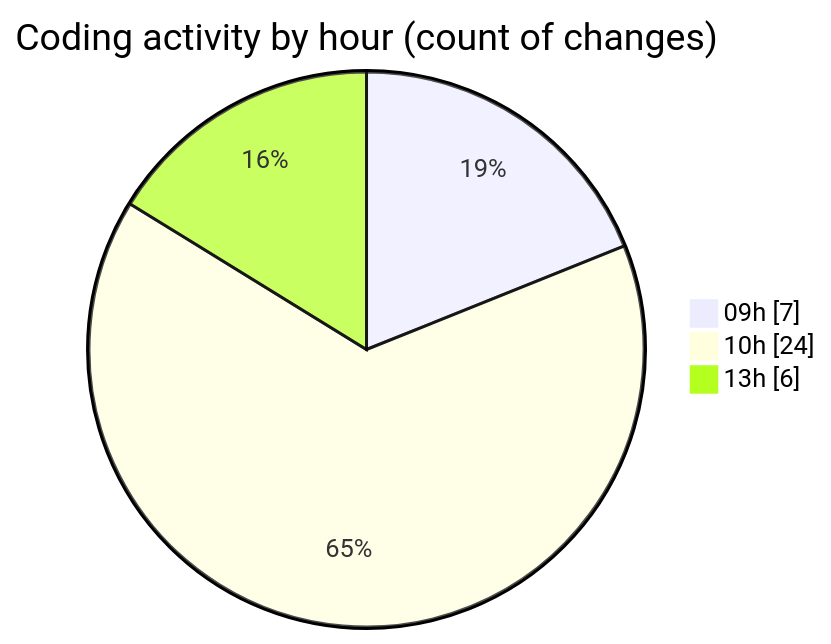
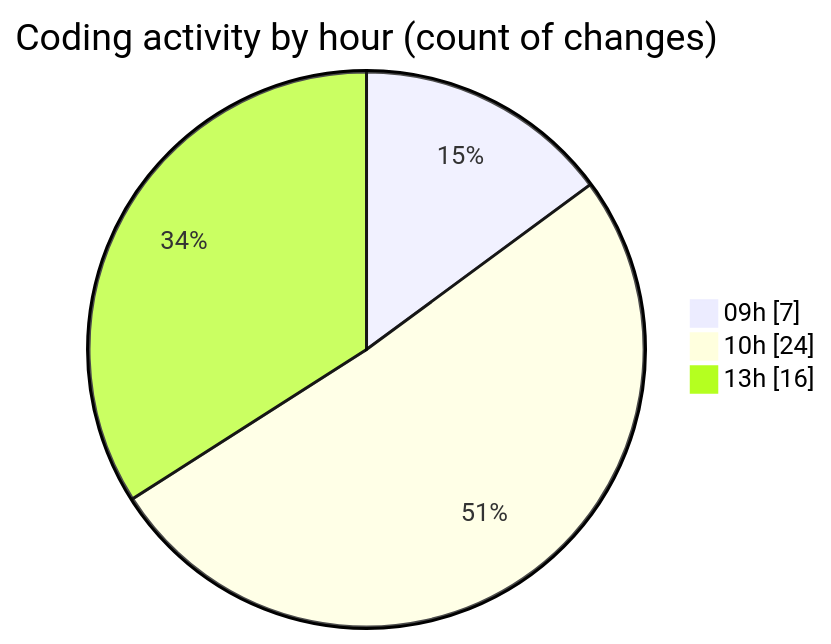
The second of 2 diagrams in 2025-04-10/cda/README.md (momahboobian/code-tracking), drawn with Mermaid before and after one commit. The commit also changed other lines of this file and 1 other file, not shown here.

````diff
--- a/2025-04-10/cda/README.md
+++ b/2025-04-10/cda/README.md
@@ -31,7 +31,7 @@
 ```mermaid
 pie showData
 title Coding activity by hour (count of changes)
 "09h" : 7
 "10h" : 24
-"13h" : 6
+"13h" : 16
 ```
````
